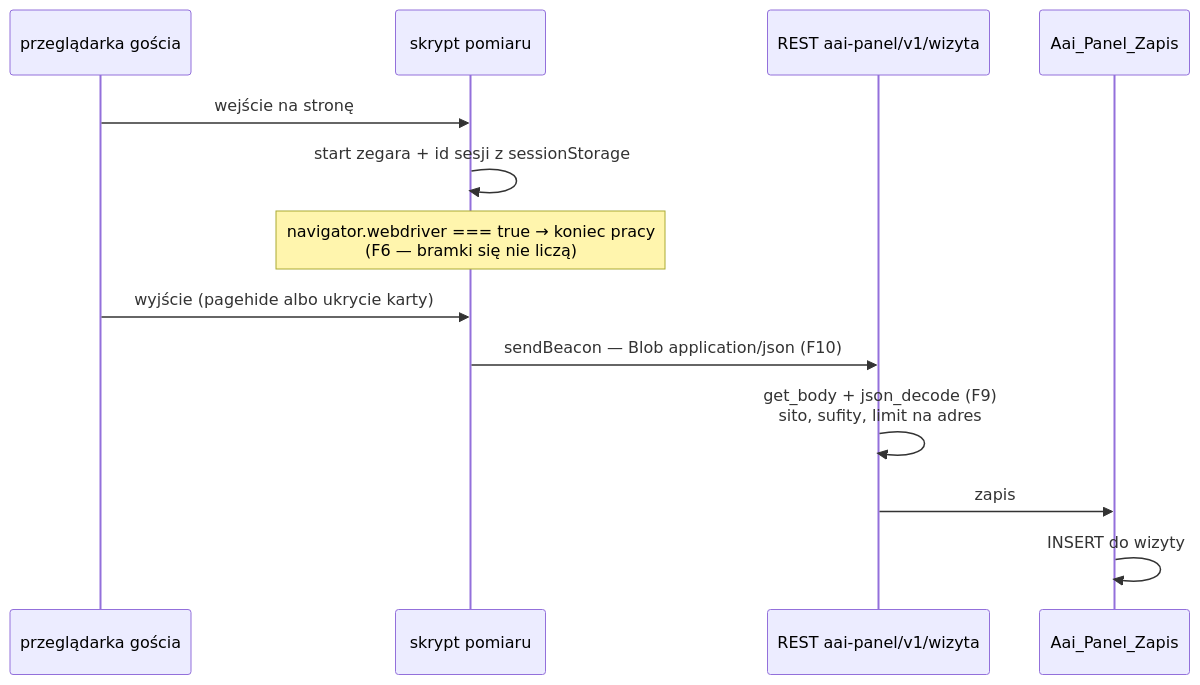
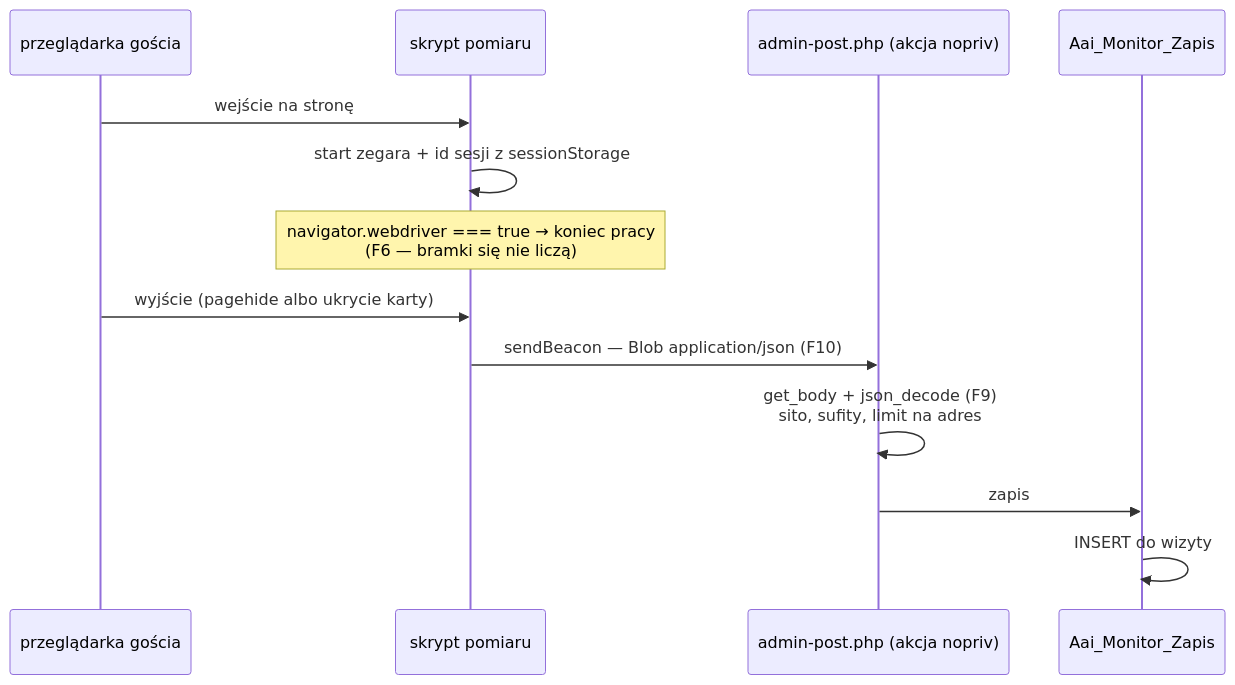
Before and after one commit to krzysiek2115op/aai-platforma-szkolen: the fourth of 4 diagrams in docs/plugin-3/DIAGRAM.md, drawn with Mermaid. The commit also changed other lines of this file and 1 other file, not shown here.

````diff
--- a/docs/plugin-3/DIAGRAM.md
+++ b/docs/plugin-3/DIAGRAM.md
@@ -324,16 +325,16 @@
 ```mermaid
 sequenceDiagram
     participant P as przeglądarka gościa
     participant S as skrypt pomiaru
-    participant R as REST aai-panel/v1/wizyta
-    participant Z as Aai_Panel_Zapis
+    participant R as admin-post.php (akcja nopriv)
+    participant Z as Aai_Monitor_Zapis
 
     P->>S: wejście na stronę
     S->>S: start zegara + id sesji z sessionStorage
     Note over S: navigator.webdriver === true → koniec pracy<br/>(F6 — bramki się nie liczą)
     P->>S: wyjście (pagehide albo ukrycie karty)
     S->>R: sendBeacon — Blob application/json (F10)
     R->>R: get_body + json_decode (F9)<br/>sito, sufity, limit na adres
     R->>Z: zapis
     Z->>Z: INSERT do wizyty
 ```
````
